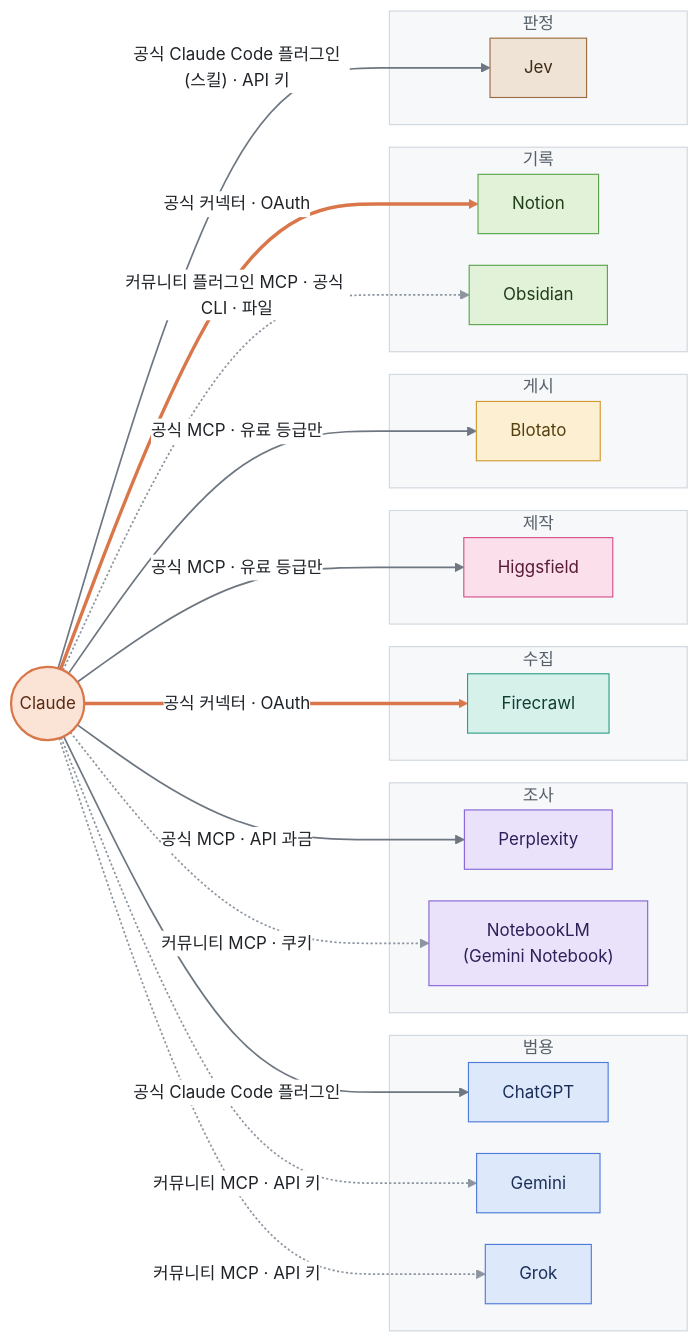
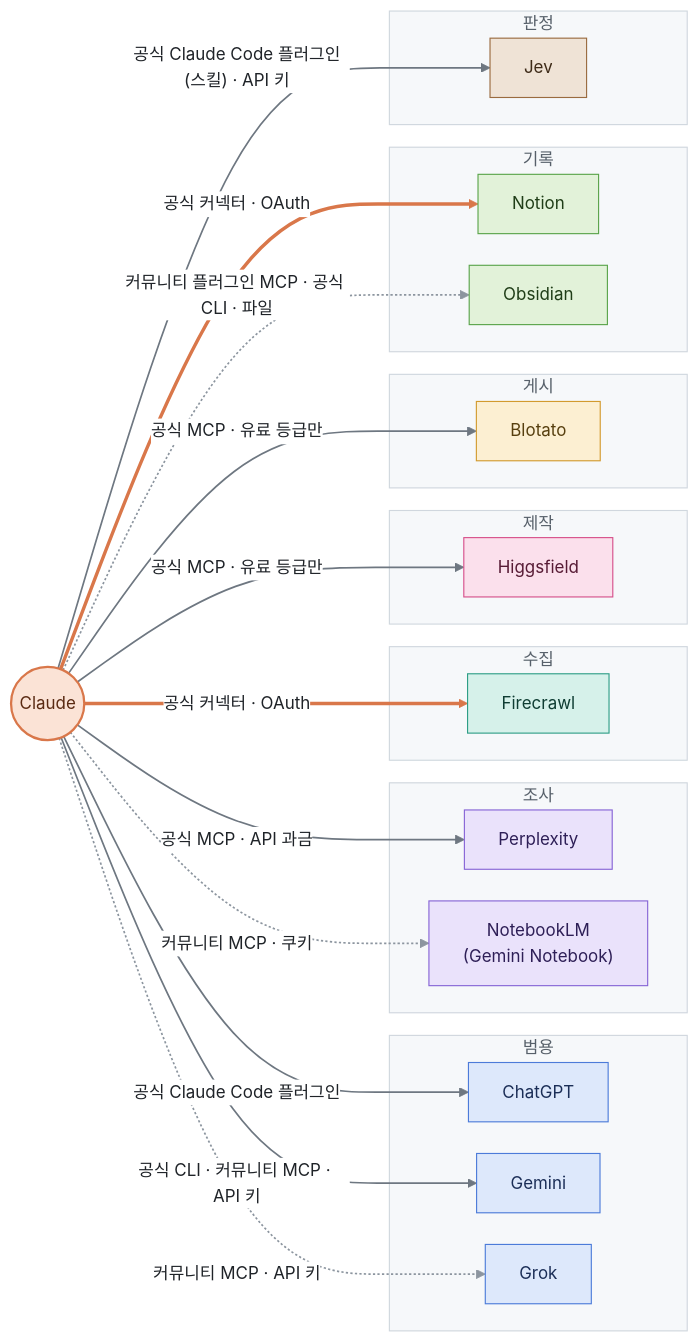
Before and after one commit to Ruminem/ai-crew-atlas: the first of 3 diagrams in TOOLS.md, drawn with Mermaid. The commit also changed other lines of this file and 2 other files, not shown here.

````diff
--- a/TOOLS.md
+++ b/TOOLS.md
@@ -37,63 +37,63 @@
 ```mermaid
 %%{init: {"theme": "base", "themeVariables": {"fontSize": "15px", "primaryTextColor": "#1F2328", "textColor": "#1F2328", "lineColor": "#8C959F", "edgeLabelBackground": "#FFFFFF", "clusterBkg": "#F6F8FA", "clusterBorder": "#D0D7DE", "titleColor": "#57606A"}, "flowchart": {"curve": "basis", "nodeSpacing": 28, "rankSpacing": 70}}}%%
 flowchart LR
     C(("Claude"))
 
     subgraph 범용
         GPT["ChatGPT"]
         GEM["Gemini"]
         GRK["Grok"]
     end
     subgraph 조사
         PPX["Perplexity"]
         NLM["NotebookLM<br/>(Gemini Notebook)"]
     end
     subgraph 수집
         FC["Firecrawl"]
     end
     subgraph 제작
         HF["Higgsfield"]
     end
     subgraph 게시
         BL["Blotato"]
     end
     subgraph 기록
         NO["Notion"]
         OB["Obsidian"]
     end
     subgraph 판정
         JEV["Jev"]
     end
 
     C ==>|"공식 커넥터 · OAuth"| FC
     C ==>|"공식 커넥터 · OAuth"| NO
     C -->|"공식 MCP · API 과금"| PPX
     C -->|"공식 MCP · 유료 등급만"| HF
     C -->|"공식 MCP · 유료 등급만"| BL
     C -->|"공식 Claude Code 플러그인"| GPT
     C -->|"공식 Claude Code 플러그인(스킬) · API 키"| JEV
-    C -.->|"커뮤니티 MCP · API 키"| GEM
+    C -->|"공식 CLI · 커뮤니티 MCP · API 키"| GEM
     C -.->|"커뮤니티 MCP · API 키"| GRK
     C -.->|"커뮤니티 MCP · 쿠키"| NLM
     C -.->|"커뮤니티 플러그인 MCP · 공식 CLI · 파일"| OB
 
     classDef claude fill:#FBE3D6,stroke:#D9774A,stroke-width:2px,color:#5A2A12
     classDef general fill:#DDE8FB,stroke:#4C7BD9,color:#1B2E57
     classDef research fill:#EAE2FB,stroke:#8664D6,color:#2E1F57
     classDef collect fill:#D6F1EA,stroke:#2E9E86,color:#0F3D33
     classDef create fill:#FBE0EC,stroke:#D6508A,color:#571B35
     classDef publish fill:#FCEFD2,stroke:#D29A2E,color:#573F0F
     classDef record fill:#E2F2D9,stroke:#5AA44A,color:#1F3D17
     classDef judge fill:#EFE3D6,stroke:#9A6B3F,color:#3D2A17
     class C claude
     class GPT,GEM,GRK general
     class PPX,NLM research
     class FC collect
     class HF create
     class BL publish
     class NO,OB record
     class JEV judge
     linkStyle 0,1 stroke:#D9774A,stroke-width:3px
-    linkStyle 2,3,4,5,6 stroke:#6E7781,stroke-width:1.5px
-    linkStyle 7,8,9,10 stroke:#8C959F,stroke-width:1.5px
+    linkStyle 2,3,4,5,6,7 stroke:#6E7781,stroke-width:1.5px
+    linkStyle 8,9,10 stroke:#8C959F,stroke-width:1.5px
 ```
````
